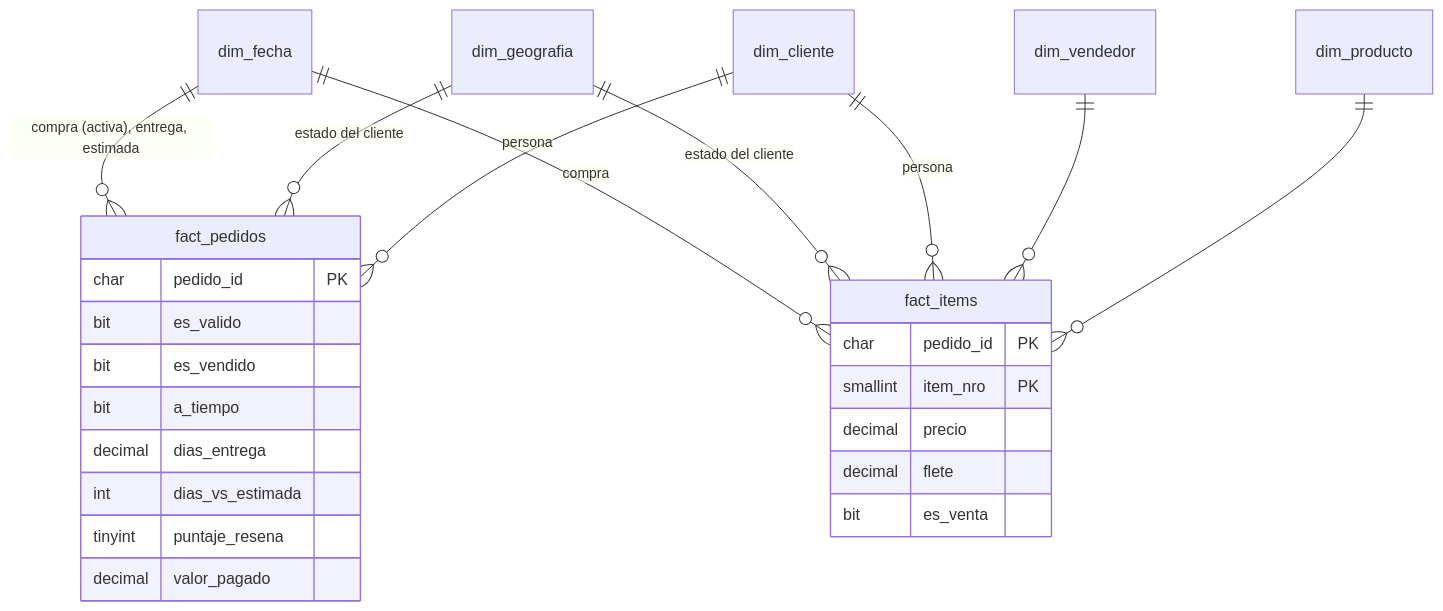
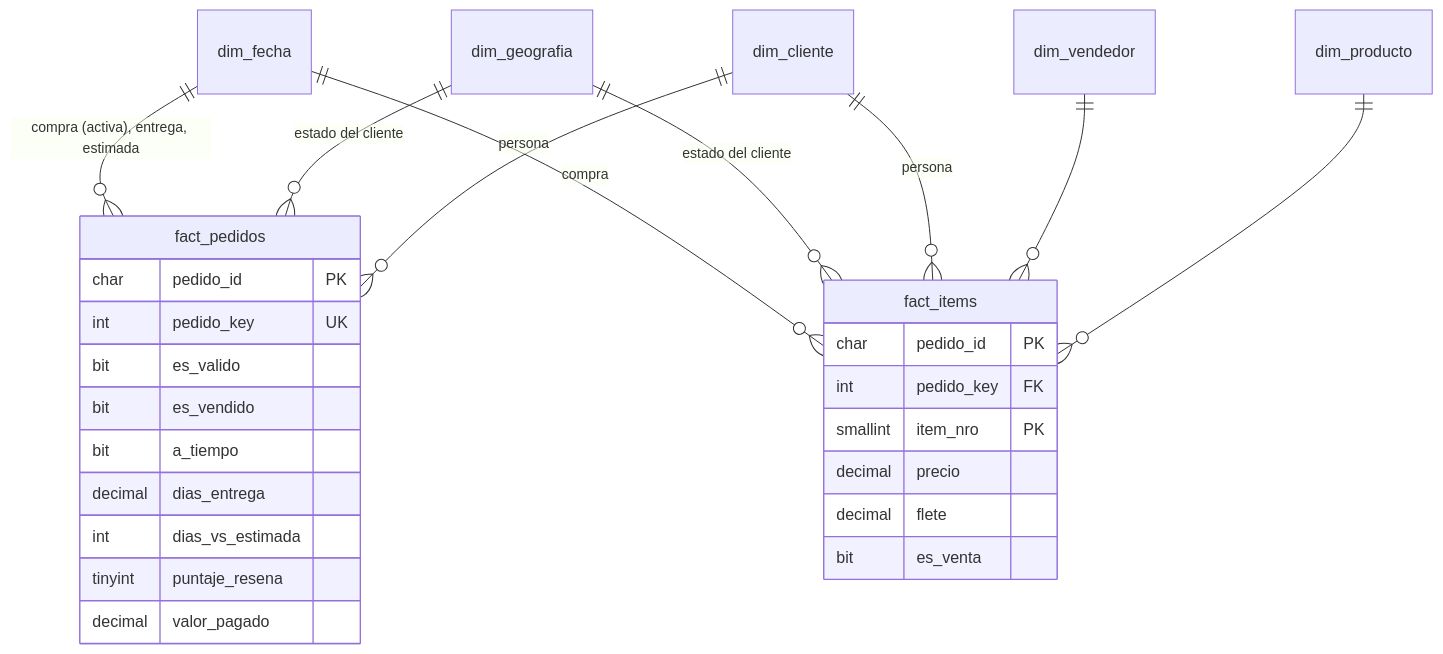
Before and after one commit to Joellwh/olist-bi: the diagram in docs/03_modelo_dimensional.md, drawn with Mermaid. The commit also changed other lines of this file and 26 other files, not shown here.

````diff
--- a/docs/03_modelo_dimensional.md
+++ b/docs/03_modelo_dimensional.md
@@ -9,29 +9,31 @@
 ```mermaid
 erDiagram
     dim_fecha ||--o{ fact_pedidos : "compra (activa), entrega, estimada"
     dim_fecha ||--o{ fact_items : "compra"
     dim_geografia ||--o{ fact_pedidos : "estado del cliente"
     dim_geografia ||--o{ fact_items : "estado del cliente"
     dim_cliente ||--o{ fact_pedidos : "persona"
     dim_cliente ||--o{ fact_items : "persona"
     dim_vendedor ||--o{ fact_items : ""
     dim_producto ||--o{ fact_items : ""
 
     fact_pedidos {
         char pedido_id PK
+        int pedido_key UK
         bit es_valido
         bit es_vendido
         bit a_tiempo
         decimal dias_entrega
         int dias_vs_estimada
         tinyint puntaje_resena
         decimal valor_pagado
     }
     fact_items {
         char pedido_id PK
+        int pedido_key FK
         smallint item_nro PK
         decimal precio
         decimal flete
         bit es_venta
     }
 ```
````
